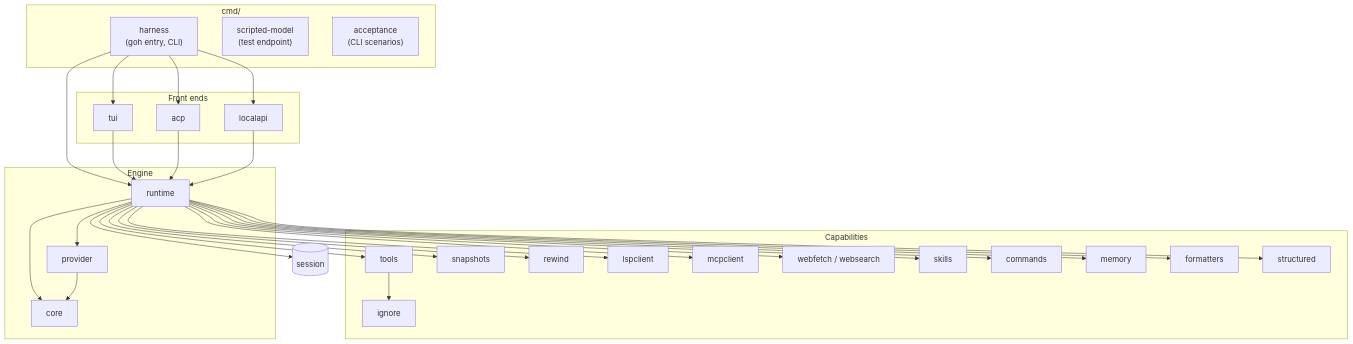
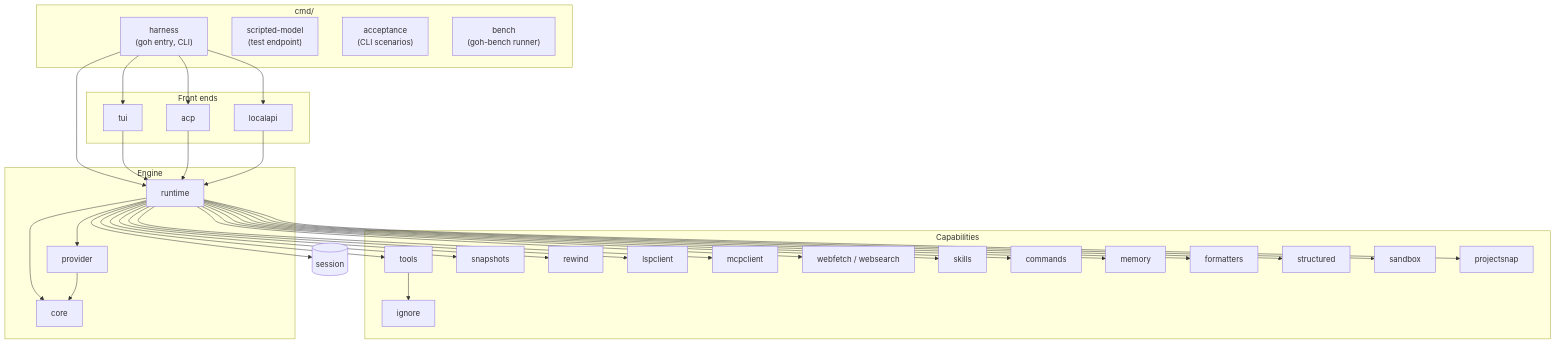
The second of 9 diagrams in docs/ARCHITECTURE.md (Sanidhya14321/goh), drawn with Mermaid before and after one commit. The commit also changed other lines of this file and 40 other files, not shown here.

````diff
--- a/docs/ARCHITECTURE.md
+++ b/docs/ARCHITECTURE.md
@@ -136,39 +136,42 @@
 ```mermaid
 flowchart TB
     subgraph cmd["cmd/"]
         H["harness<br/>(goh entry, CLI)"]
         SM["scripted-model<br/>(test endpoint)"]
         AC["acceptance<br/>(CLI scenarios)"]
+        BN["bench<br/>(goh-bench runner)"]
     end
     subgraph front["Front ends"]
         TUI[tui]
         ACP[acp]
         API[localapi]
     end
     subgraph engine["Engine"]
         RT[runtime]
         PR[provider]
         CORE[core]
     end
     subgraph capabilities["Capabilities"]
         TL[tools]
         SN[snapshots]
         RW[rewind]
         LSP[lspclient]
         MCP[mcpclient]
         WF[webfetch / websearch]
         SK[skills]
         CM[commands]
         MEM[memory]
         FMT[formatters]
         IG[ignore]
         ST[structured]
+        SB[sandbox]
+        PS[projectsnap]
     end
     SES[(session)]
     H --> TUI & ACP & API & RT
     TUI & ACP & API --> RT
     RT --> PR & CORE & SES
-    RT --> TL & SN & RW & LSP & MCP & WF & SK & CM & MEM & FMT & ST
+    RT --> TL & SN & PS & SB & RW & LSP & MCP & WF & SK & CM & MEM & FMT & ST
     TL --> IG
     PR --> CORE
 ```
````
